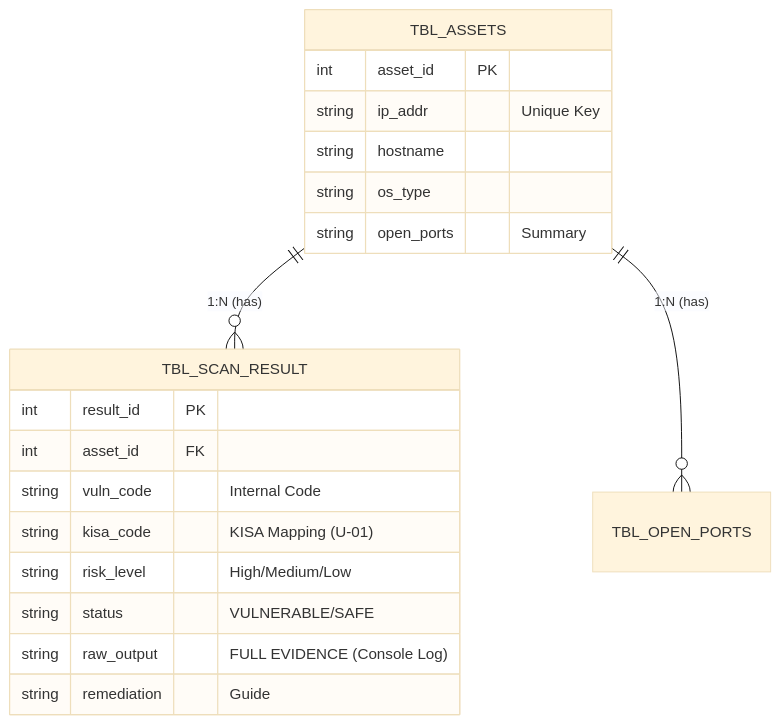
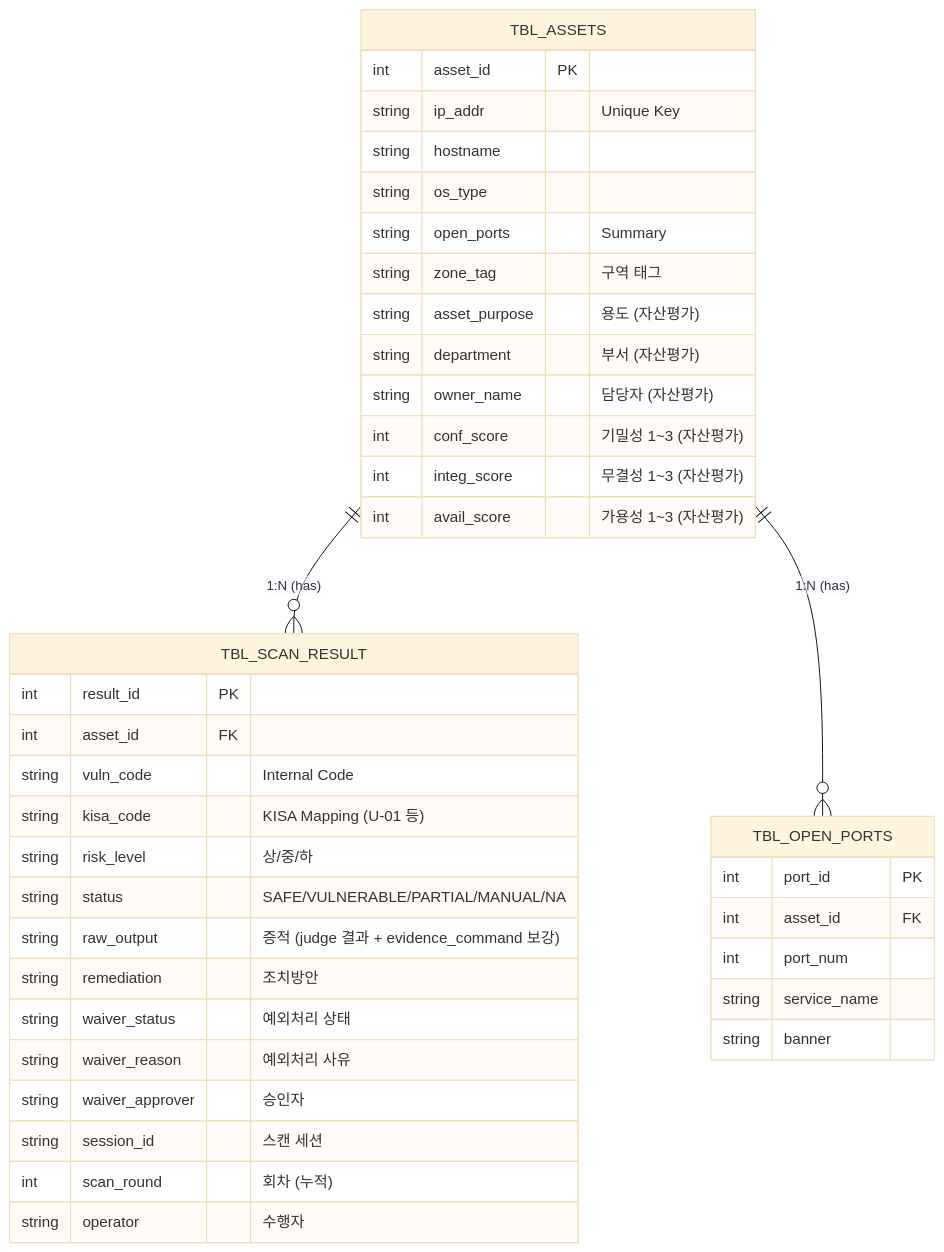
Before and after one commit to rorena15/Z-V_Scan: the fourth of 5 diagrams in 기술 명세서.md, drawn with Mermaid (base theme). The commit also changed other lines of this file and 4 other files, not shown here.

````diff
--- a/기술 명세서.md
+++ b/기술 명세서.md
@@ -115,24 +134,45 @@
 ```mermaid
 erDiagram
     TBL_ASSETS ||--o{ TBL_SCAN_RESULT : "1:N (has)"
     TBL_ASSETS ||--o{ TBL_OPEN_PORTS : "1:N (has)"
 
     TBL_ASSETS {
         int asset_id PK
         string ip_addr "Unique Key"
         string hostname
         string os_type
         string open_ports "Summary"
+        string zone_tag "구역 태그"
+        string asset_purpose "용도 (자산평가)"
+        string department "부서 (자산평가)"
+        string owner_name "담당자 (자산평가)"
+        int conf_score "기밀성 1~3 (자산평가)"
+        int integ_score "무결성 1~3 (자산평가)"
+        int avail_score "가용성 1~3 (자산평가)"
     }
 
     TBL_SCAN_RESULT {
         int result_id PK
         int asset_id FK
         string vuln_code "Internal Code"
-        string kisa_code "KISA Mapping (U-01)"
-        string risk_level "High/Medium/Low"
-        string status "VULNERABLE/SAFE"
-        string raw_output "FULL EVIDENCE (Console Log)"
-        string remediation "Guide"
+        string kisa_code "KISA Mapping (U-01 등)"
+        string risk_level "상/중/하"
+        string status "SAFE/VULNERABLE/PARTIAL/MANUAL/NA"
+        string raw_output "증적 (judge 결과 + evidence_command 보강)"
+        string remediation "조치방안"
+        string waiver_status "예외처리 상태"
+        string waiver_reason "예외처리 사유"
+        string waiver_approver "승인자"
+        string session_id "스캔 세션"
+        int scan_round "회차 (누적)"
+        string operator "수행자"
+    }
+
+    TBL_OPEN_PORTS {
+        int port_id PK
+        int asset_id FK
+        int port_num
+        string service_name
+        string banner
     }
 ```
````
